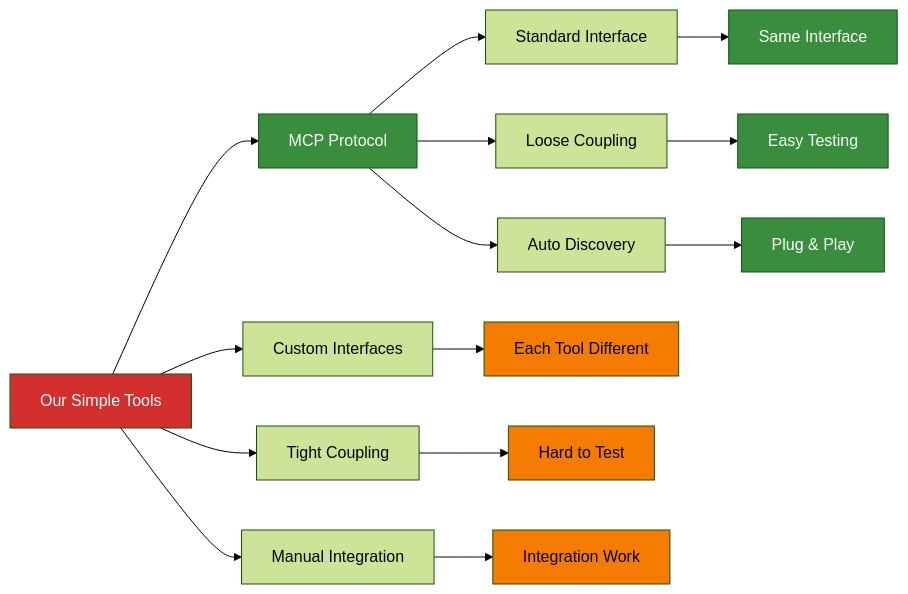
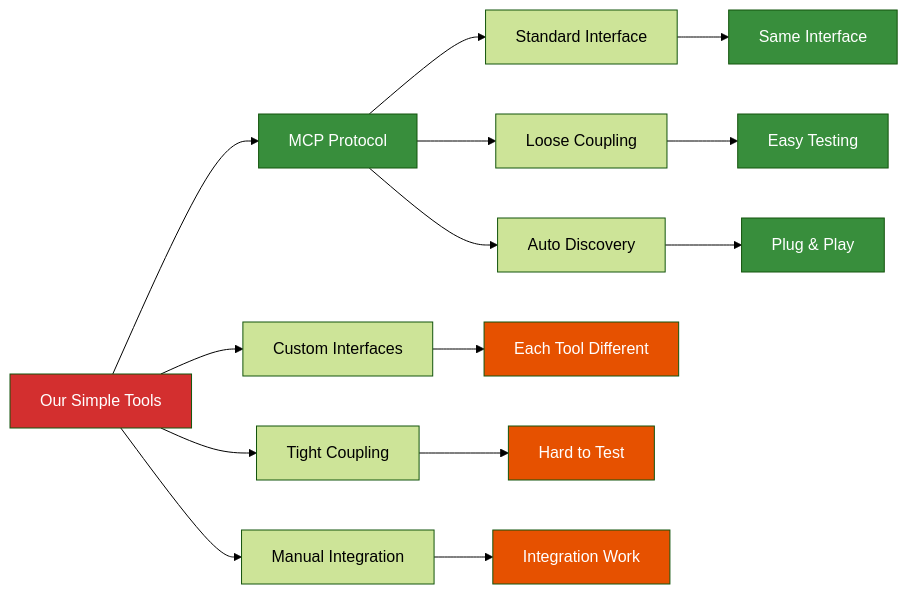
Before and after one commit to fwornle/agentic-ai-nano: diagram 15 of 15 in docs-content/01_frameworks/Session1_ModuleD_Coding_Assistant_Case_Study.md, drawn with Mermaid (forest theme). The commit also changed other lines of this file, not shown here.

````diff
--- a/docs-content/01_frameworks/Session1_ModuleD_Coding_Assistant_Case_Study.md
+++ b/docs-content/01_frameworks/Session1_ModuleD_Coding_Assistant_Case_Study.md
@@ -962,29 +962,29 @@
 ```mermaid
 graph LR
     OUR[Our Simple Tools] --> MCP[MCP Protocol]
     
     OUR --> CUSTOM[Custom Interfaces]
     OUR --> TIGHT[Tight Coupling]
     OUR --> MANUAL[Manual Integration]
     
     MCP --> STANDARD[Standard Interface] 
     MCP --> LOOSE[Loose Coupling]
     MCP --> AUTO[Auto Discovery]
     
     CUSTOM --> PROBLEM1[Each Tool Different]
     TIGHT --> PROBLEM2[Hard to Test]
     MANUAL --> PROBLEM3[Integration Work]
     
     STANDARD --> SOLUTION1[Same Interface]
     LOOSE --> SOLUTION2[Easy Testing]
     AUTO --> SOLUTION3[Plug & Play]
     
     style OUR fill:#D32F2F,color:#ffffff
     style MCP fill:#388E3C,color:#ffffff
-    style PROBLEM1 fill:#F57C00,color:#000000
-    style PROBLEM2 fill:#F57C00,color:#000000
-    style PROBLEM3 fill:#F57C00,color:#000000
+    style PROBLEM1 fill:#E65100,color:#ffffff
+    style PROBLEM2 fill:#E65100,color:#ffffff
+    style PROBLEM3 fill:#E65100,color:#ffffff
     style SOLUTION1 fill:#388E3C,color:#ffffff
     style SOLUTION2 fill:#388E3C,color:#ffffff
     style SOLUTION3 fill:#388E3C,color:#ffffff
 ```
````
